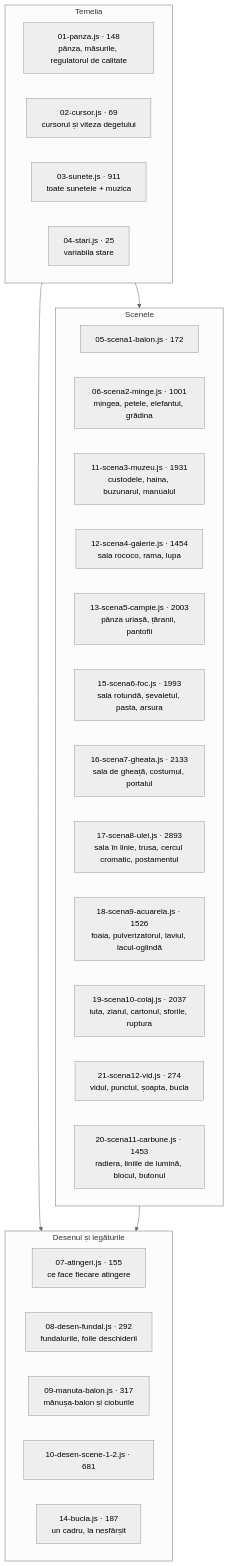
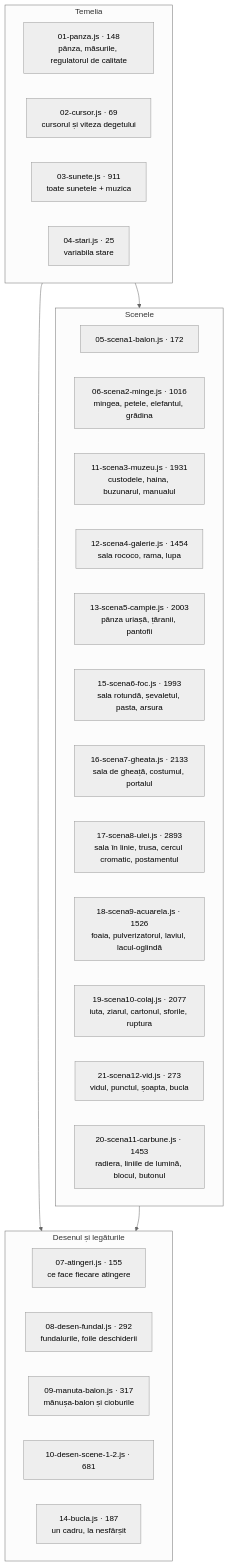
The seventh of 10 diagrams in ARCHITECTURE.md (Whit3G9dNess/Viata-dintr-o-atingere), drawn with Mermaid (neutral theme) before and after one commit. The commit also changed other lines of this file and 9 other files, not shown here.

````diff
--- a/ARCHITECTURE.md
+++ b/ARCHITECTURE.md
@@ -516,33 +557,33 @@
 ```mermaid
 flowchart TB
   subgraph T["Temelia"]
     A1["01-panza.js · 148<br/>pânza, măsurile, regulatorul de calitate"]
     A2["02-cursor.js · 69<br/>cursorul și viteza degetului"]
     A3["03-sunete.js · 911<br/>toate sunetele + muzica"]
     A4["04-stari.js · 25<br/>variabila stare"]
   end
   subgraph S["Scenele"]
     B5["05-scena1-balon.js · 172"]
-    B6["06-scena2-minge.js · 1001<br/>mingea, petele, elefantul, grădina"]
+    B6["06-scena2-minge.js · 1016<br/>mingea, petele, elefantul, grădina"]
     B11["11-scena3-muzeu.js · 1931<br/>custodele, haina, buzunarul, manualul"]
     B12["12-scena4-galerie.js · 1454<br/>sala rococo, rama, lupa"]
     B13["13-scena5-campie.js · 2003<br/>pânza uriașă, țăranii, pantofii"]
     B15["15-scena6-foc.js · 1993<br/>sala rotundă, șevaletul, pasta, arsura"]
     B16["16-scena7-gheata.js · 2133<br/>sala de gheață, costumul, portalul"]
     B17["17-scena8-ulei.js · 2893<br/>sala în linie, trusa, cercul cromatic, postamentul"]
     B18["18-scena9-acuarela.js · 1526<br/>foaia, pulverizatorul, laviul, lacul-oglindă"]
-    B19["19-scena10-colaj.js · 2037<br/>iuta, ziarul, cartonul, sforile, ruptura"]
-    B21["21-scena12-vid.js · 274<br/>vidul, punctul, șoapta, bucla"]
+    B19["19-scena10-colaj.js · 2077<br/>iuta, ziarul, cartonul, sforile, ruptura"]
+    B21["21-scena12-vid.js · 273<br/>vidul, punctul, șoapta, bucla"]
     B20["20-scena11-carbune.js · 1453<br/>radiera, liniile de lumină, blocul, butonul"]
   end
   subgraph D["Desenul și legăturile"]
     C7["07-atingeri.js · 155<br/>ce face fiecare atingere"]
     C8["08-desen-fundal.js · 292<br/>fundalurile, foile deschiderii"]
     C9["09-manuta-balon.js · 317<br/>mănușa-balon și cioburile"]
     C10["10-desen-scene-1-2.js · 681"]
     C14["14-bucla.js · 187<br/>un cadru, la nesfârșit"]
   end
   T --> S
   T --> D
   S --> D
 ```
````
